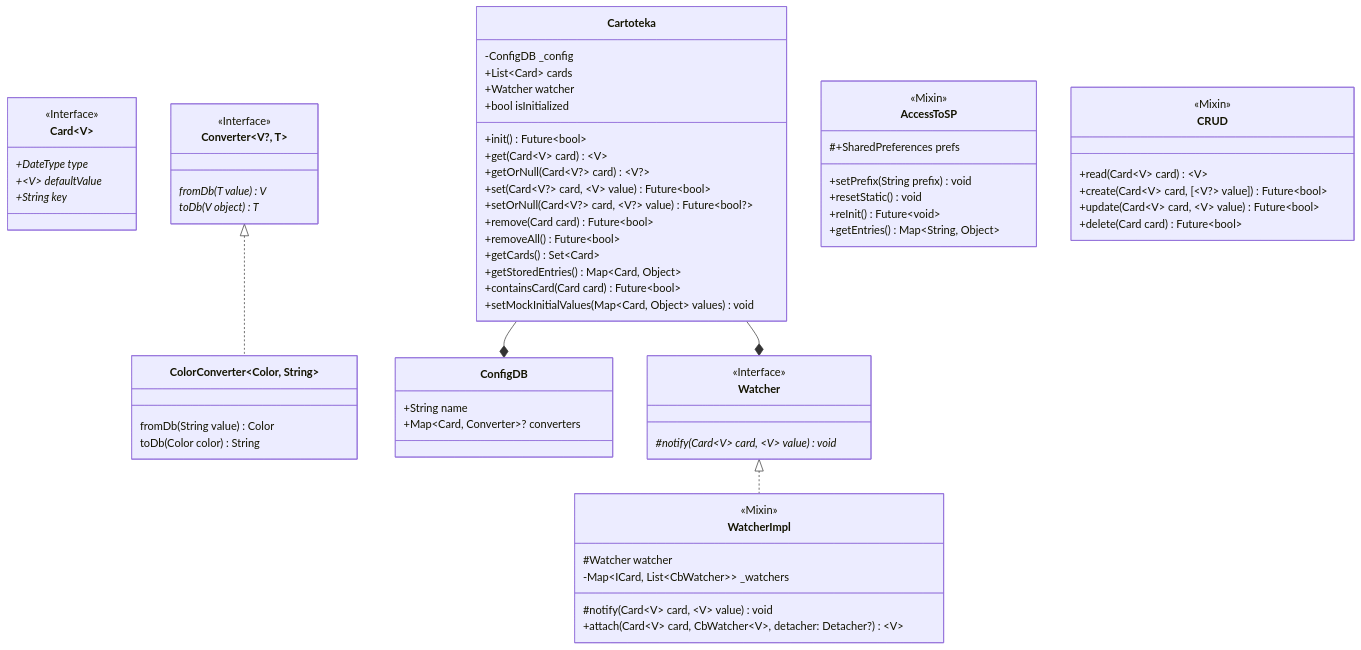
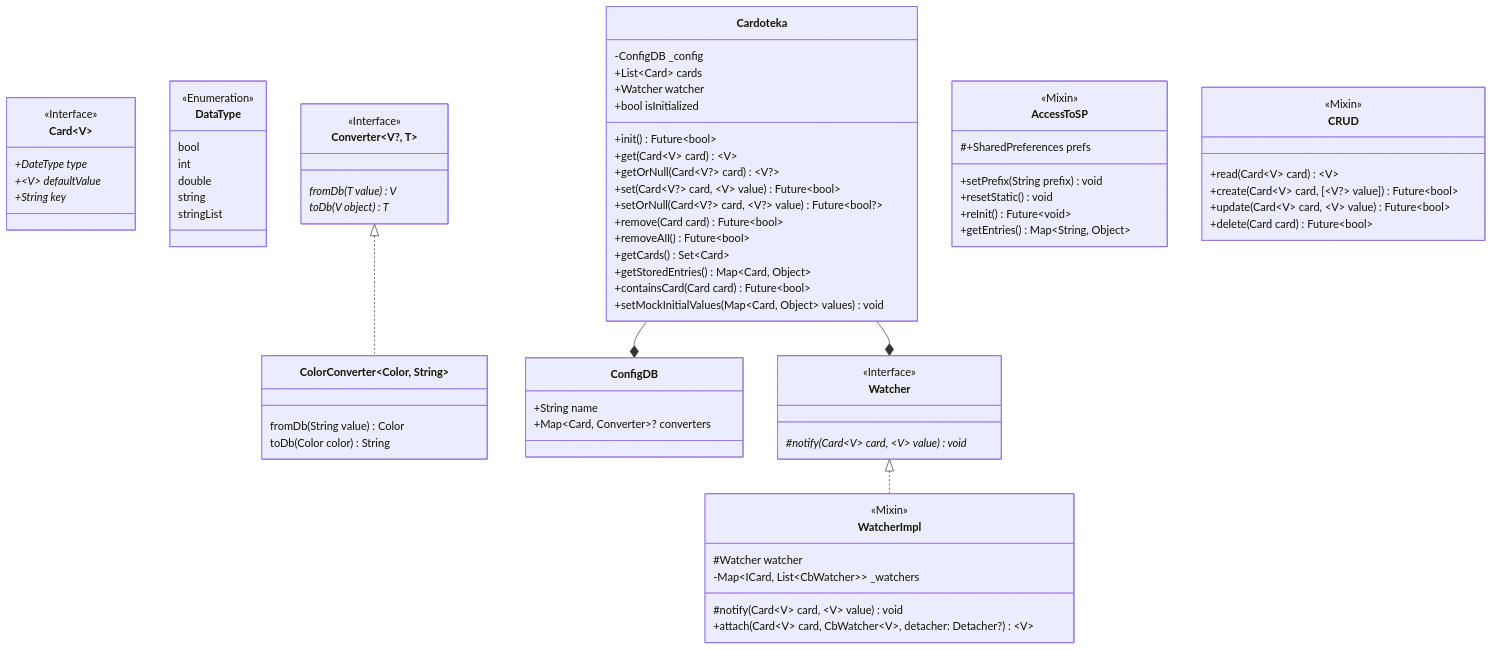
The first of 2 diagrams in README.md (PackRuble/cardoteka), drawn with Mermaid before and after one commit. The commit also changed other lines of this file and 15 other files, not shown here.

```diff
--- a/README.md
+++ b/README.md
@@ -213,6 +226,15 @@
         +DateType type*
         +~V~ defaultValue*
         +String key*
+    }
+    
+    class DataType {
+        <<Enumeration>>
+        bool
+        int
+        double
+        string
+        stringList
     }
 
     class Watcher {
@@ -244,7 +266,7 @@
  
     Converter <|.. ColorConverter
     
-    class Cartoteka {
+    class Cardoteka {
         -ConfigDB _config
         +List~Card~ cards
         +Watcher watcher
@@ -267,8 +289,8 @@
         +Map&lt;Card, Converter>? converters
     }
     
-    Cartoteka --* ConfigDB
-    Cartoteka --* Watcher
+    Cardoteka --* ConfigDB
+    Cardoteka --* Watcher
 
     class AccessToSP {
         <<Mixin>>
```
